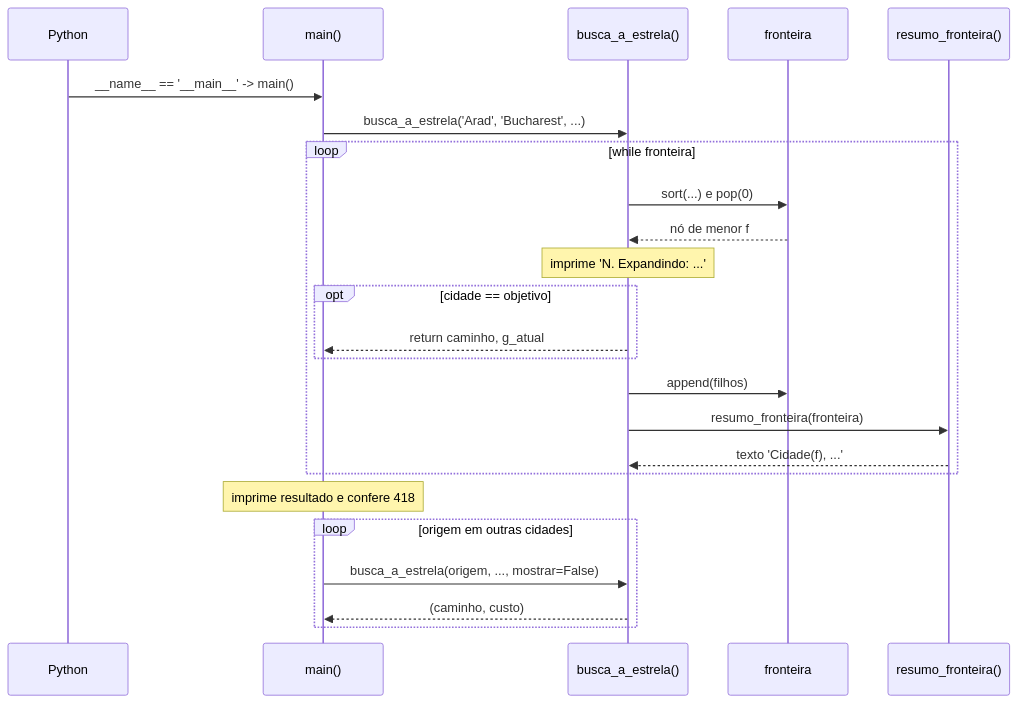
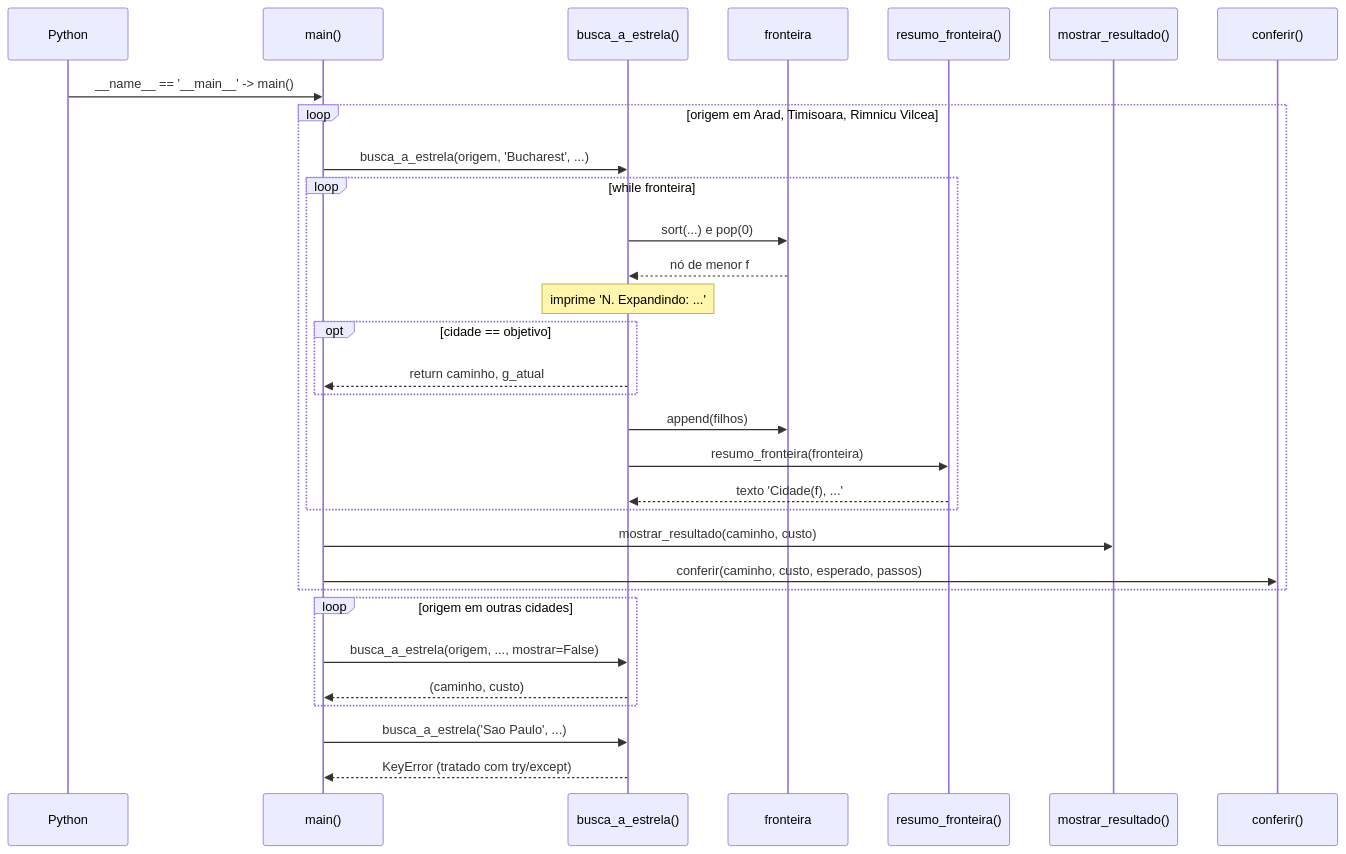
Diagram 15 of 16 in docs/diagramas-uml.md (PAJEGUES/astar-romenia), drawn with Mermaid before and after one commit. The commit also changed other lines of this file and 1 other file, not shown here.

First line of the commit message:
README e Docs: textos reescritos e resultados de Timisoara e Rimnicu Vilcea + Revisão de código com explicações da aula

````diff
--- a/docs/diagramas-uml.md
+++ b/docs/diagramas-uml.md
@@ -375,26 +391,33 @@
 ```mermaid
 sequenceDiagram
     participant P as Python
     participant M as main()
     participant B as busca_a_estrela()
     participant F as fronteira
     participant R as resumo_fronteira()
+    participant MR as mostrar_resultado()
+    participant C as conferir()
     P->>M: __name__ == '__main__' -> main()
-    M->>B: busca_a_estrela('Arad', 'Bucharest', ...)
-    loop while fronteira
-        B->>F: sort(...) e pop(0)
-        F-->>B: nó de menor f
-        Note over B: imprime 'N. Expandindo: ...'
-        opt cidade == objetivo
-            B-->>M: return caminho, g_atual
+    loop origem em Arad, Timisoara, Rimnicu Vilcea
+        M->>B: busca_a_estrela(origem, 'Bucharest', ...)
+        loop while fronteira
+            B->>F: sort(...) e pop(0)
+            F-->>B: nó de menor f
+            Note over B: imprime 'N. Expandindo: ...'
+            opt cidade == objetivo
+                B-->>M: return caminho, g_atual
+            end
+            B->>F: append(filhos)
+            B->>R: resumo_fronteira(fronteira)
+            R-->>B: texto 'Cidade(f), ...'
         end
-        B->>F: append(filhos)
-        B->>R: resumo_fronteira(fronteira)
-        R-->>B: texto 'Cidade(f), ...'
+        M->>MR: mostrar_resultado(caminho, custo)
+        M->>C: conferir(caminho, custo, esperado, passos)
     end
-    Note over M: imprime resultado e confere 418
     loop origem em outras cidades
         M->>B: busca_a_estrela(origem, ..., mostrar=False)
         B-->>M: (caminho, custo)
     end
+    M->>B: busca_a_estrela('Sao Paulo', ...)
+    B-->>M: KeyError (tratado com try/except)
 ```
````
